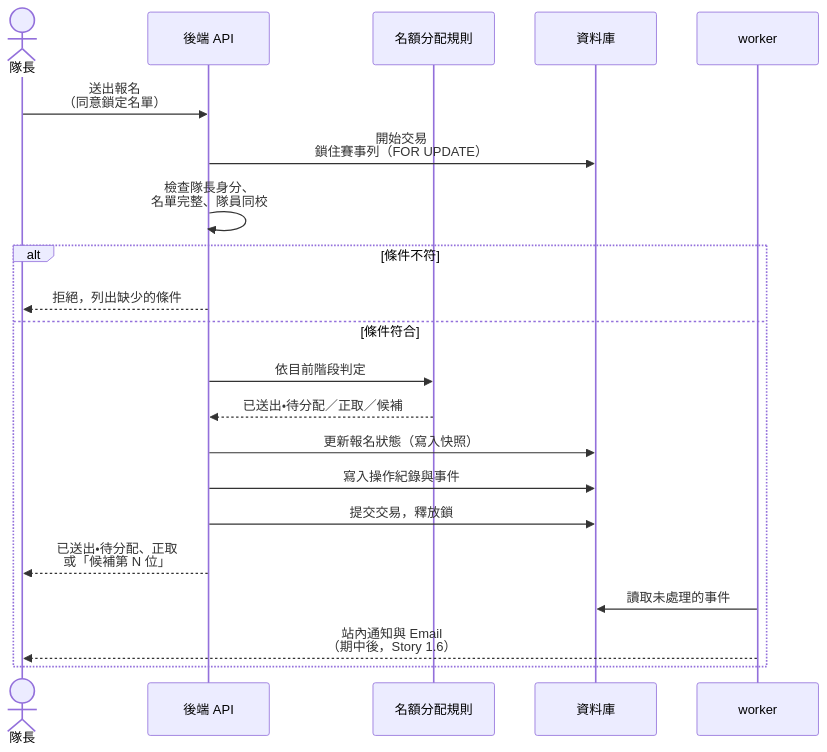
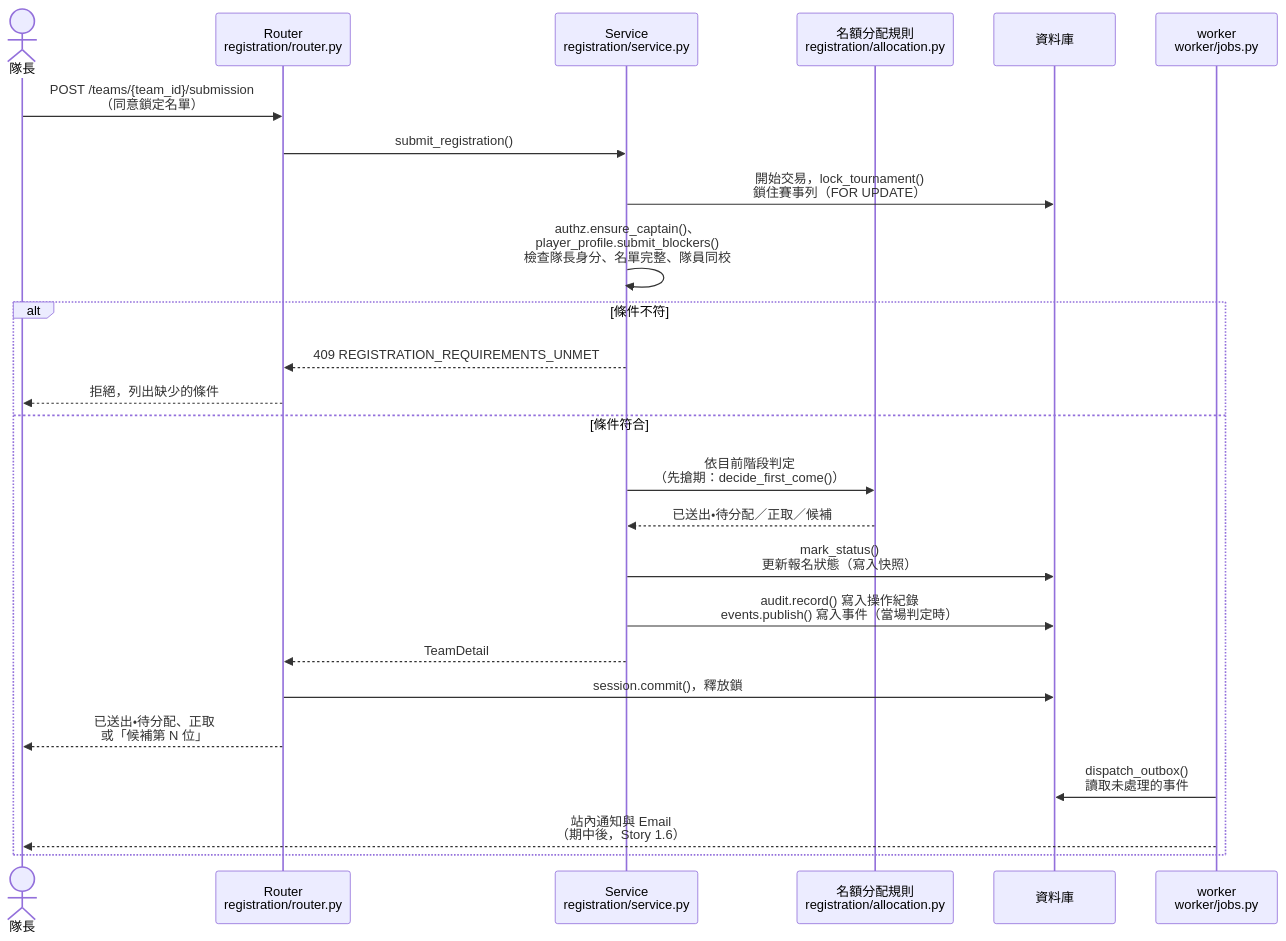
Diagram 17 of 19 in docs/midterm/B-軟體需求分析文件.md (Team14good/esport-platform), drawn with Mermaid before and after one commit. The commit also changed other lines of this file and 15 other files, not shown here.

First line of the commit message:
docs: 圖上標註對應的程式檔、函式與使用案例編號 (#91)

````diff
--- a/docs/midterm/B-軟體需求分析文件.md
+++ b/docs/midterm/B-軟體需求分析文件.md
@@ -1354,23 +1385,27 @@
 ```mermaid
 sequenceDiagram
   actor Cap as 隊長
-  participant API as 後端 API
-  participant AP as 名額分配規則
+  participant R as Router<br/>registration/router.py
+  participant S as Service<br/>registration/service.py
+  participant AP as 名額分配規則<br/>registration/allocation.py
   participant DB as 資料庫
-  participant W as worker
-  Cap->>API: 送出報名<br/>（同意鎖定名單）
-  API->>DB: 開始交易<br/>鎖住賽事列（FOR UPDATE）
-  API->>API: 檢查隊長身分、<br/>名單完整、隊員同校
+  participant W as worker<br/>worker/jobs.py
+  Cap->>R: POST /teams/{team_id}/submission<br/>（同意鎖定名單）
+  R->>S: submit_registration()
+  S->>DB: 開始交易，lock_tournament()<br/>鎖住賽事列（FOR UPDATE）
+  S->>S: authz.ensure_captain()、<br/>player_profile.submit_blockers()<br/>檢查隊長身分、名單完整、隊員同校
   alt 條件不符
-    API-->>Cap: 拒絕，列出缺少的條件
+    S-->>R: 409 REGISTRATION_REQUIREMENTS_UNMET
+    R-->>Cap: 拒絕，列出缺少的條件
   else 條件符合
-    API->>AP: 依目前階段判定
-    AP-->>API: 已送出・待分配／正取／候補
-    API->>DB: 更新報名狀態（寫入快照）
-    API->>DB: 寫入操作紀錄與事件
-    API->>DB: 提交交易，釋放鎖
-    API-->>Cap: 已送出・待分配、正取<br/>或「候補第 N 位」
-    W->>DB: 讀取未處理的事件
+    S->>AP: 依目前階段判定<br/>（先搶期：decide_first_come()）
+    AP-->>S: 已送出・待分配／正取／候補
+    S->>DB: mark_status()<br/>更新報名狀態（寫入快照）
+    S->>DB: audit.record() 寫入操作紀錄<br/>events.publish() 寫入事件（當場判定時）
+    S-->>R: TeamDetail
+    R->>DB: session.commit()，釋放鎖
+    R-->>Cap: 已送出・待分配、正取<br/>或「候補第 N 位」
+    W->>DB: dispatch_outbox()<br/>讀取未處理的事件
     W-->>Cap: 站內通知與 Email<br/>（期中後，Story 1.6）
   end
 ```
````
